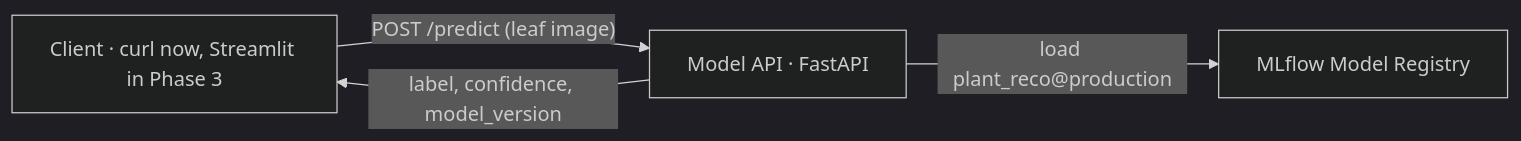
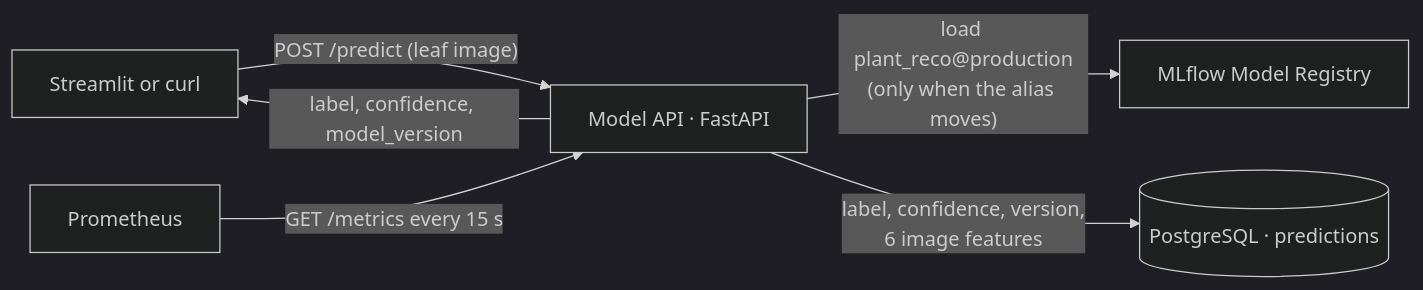
One commit to DataScientest-Studio/sep26_bmlops_int_plant_reco changed the third of 3 diagrams in README.md. Above: the diagram before and after it, drawn with Mermaid (dark theme). The commit also changed other lines of this file, not shown here.

Commit message:
README for Phase 3

````diff
--- a/README.md
+++ b/README.md
@@ -77,6 +110,8 @@
 ```mermaid
 flowchart LR
-    C["Client · curl now, Streamlit in Phase 3"] -- "POST /predict (leaf image)" --> API["Model API · FastAPI"]
-    API -- "load plant_reco@production" --> REG["MLflow Model Registry"]
+    C["Streamlit or curl"] -- "POST /predict (leaf image)" --> API["Model API · FastAPI"]
+    API -- "load plant_reco@production<br/>(only when the alias moves)" --> REG["MLflow Model Registry"]
+    API -- "label, confidence, version,<br/>6 image features" --> DB[("PostgreSQL · predictions")]
     API -- "label, confidence, model_version" --> C
+    PR["Prometheus"] -- "GET /metrics every 15 s" --> API
 ```
````
